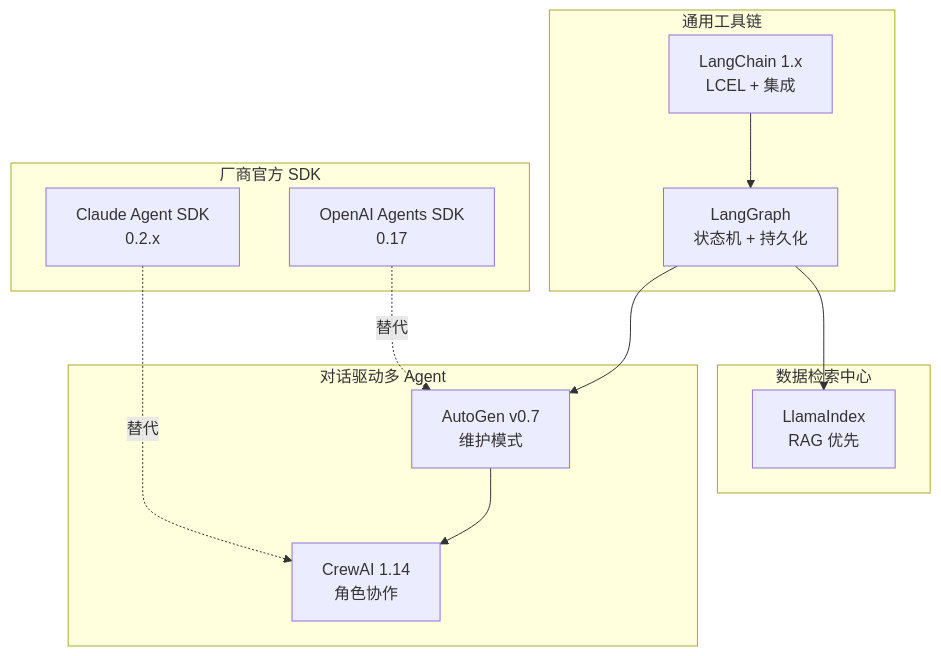
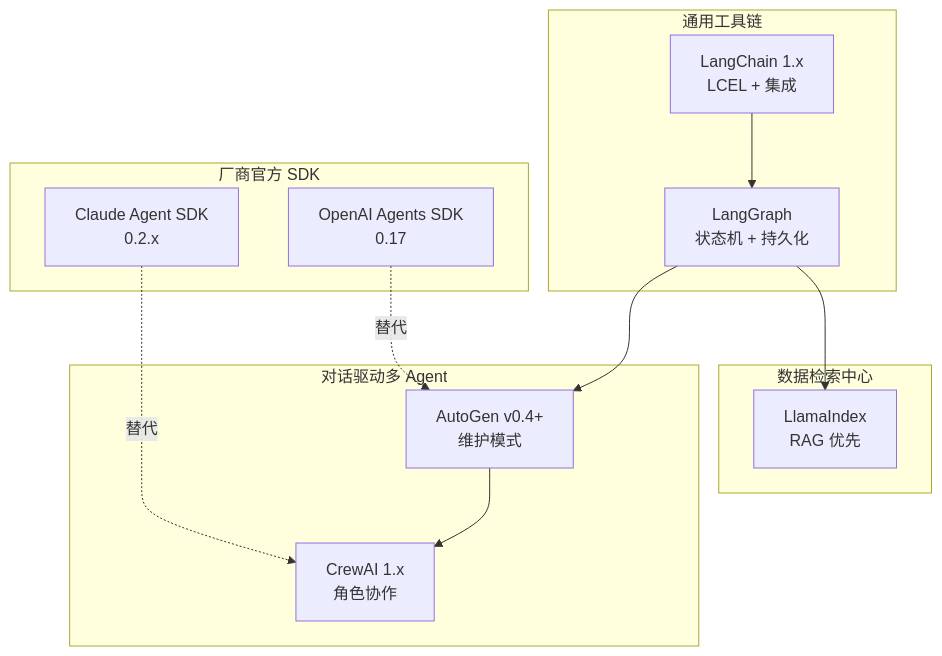
The diagram in handbook/l4-framework/4.1-framework-landscape.md (1010943412-creator/agent-handbook), drawn with Mermaid before and after one commit. The commit also changed other lines of this file, not shown here.

````diff
--- a/handbook/l4-framework/4.1-framework-landscape.md
+++ b/handbook/l4-framework/4.1-framework-landscape.md
@@ -27,24 +27,24 @@
 ```mermaid
 graph TB
     subgraph 通用工具链
         LC[LangChain 1.x<br/>LCEL + 集成]
         LG[LangGraph<br/>状态机 + 持久化]
     end
     subgraph 数据检索中心
         LI[LlamaIndex<br/>RAG 优先]
     end
     subgraph 对话驱动多 Agent
-        AG[AutoGen v0.7<br/>维护模式]
-        CR[CrewAI 1.14<br/>角色协作]
+        AG[AutoGen v0.4+<br/>维护模式]
+        CR[CrewAI 1.x<br/>角色协作]
     end
     subgraph 厂商官方 SDK
         OAI[OpenAI Agents SDK<br/>0.17]
         ANT[Claude Agent SDK<br/>0.2.x]
     end
     LC --> LG
     LG --> LI
     LG --> AG
     AG --> CR
     OAI -.替代.-> AG
     ANT -.替代.-> CR
 ```
````
